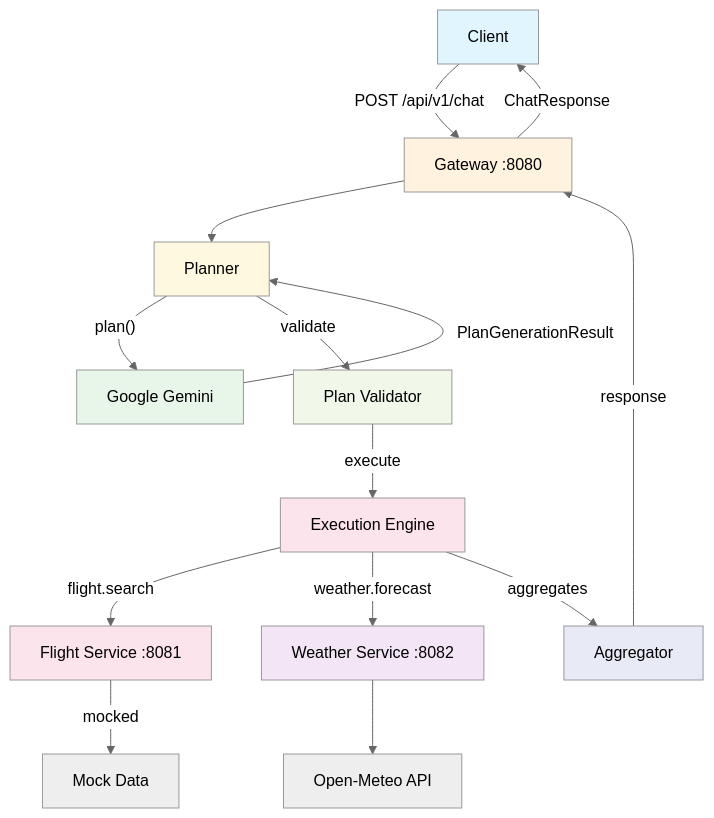
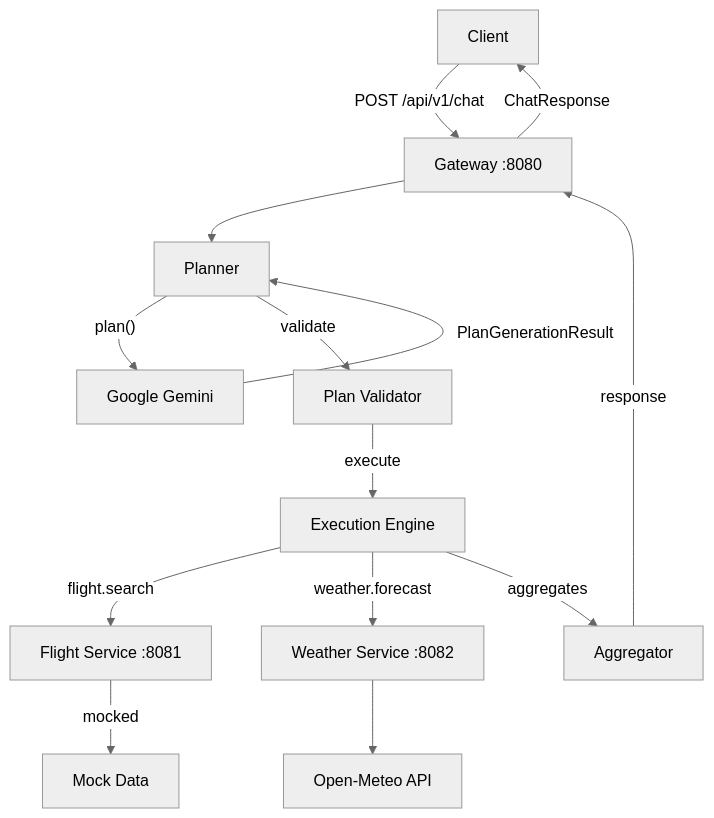
One commit to abhim8/ai-orchestration-platform changed the first of 2 diagrams in README.md. Above: the diagram before and after it, drawn with Mermaid (neutral theme).

Commit message:
standardised mermaid diagram colors

````diff
--- a/README.md
+++ b/README.md
@@ -7,38 +7,29 @@
 ```mermaid
 graph TB
     Client["Client"]
     Gateway["Gateway :8080"]
     Planner["Planner"]
     Gemini["Google Gemini"]
     Validator["Plan Validator"]
     Engine["Execution Engine"]
     Aggregator["Aggregator"]
     Flight["Flight Service :8081"]
     Weather["Weather Service :8082"]
     OpenMeteo["Open-Meteo API"]
     Mock["Mock Data"]
 
     Client -->|POST /api/v1/chat| Gateway
     Gateway --> Planner
     Planner -->|"plan()"| Gemini
     Gemini -->|PlanGenerationResult| Planner
     Planner -->|validate| Validator
     Validator -->|execute| Engine
     Engine -->|flight.search| Flight
     Engine -->|weather.forecast| Weather
     Engine -->|aggregates| Aggregator
     Flight -->|mocked| Mock
     Weather --> OpenMeteo
     Aggregator -->|response| Gateway
     Gateway -->|ChatResponse| Client
 
-    style Client fill:#e1f5fe
-    style Gateway fill:#fff3e0
-    style Gemini fill:#e8f5e9
-    style Planner fill:#fff8e1
-    style Validator fill:#f1f8e9
-    style Engine fill:#fce4ec
-    style Aggregator fill:#e8eaf6
-    style Flight fill:#fce4ec
-    style Weather fill:#f3e5f5
 ```
````
